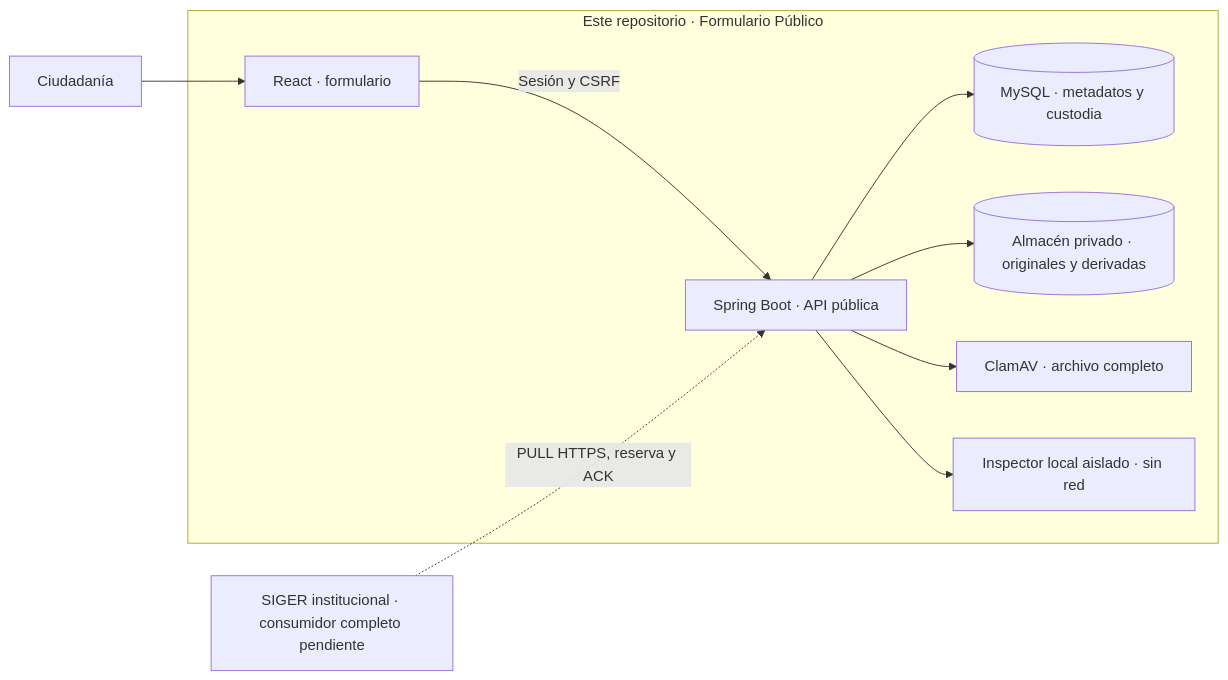
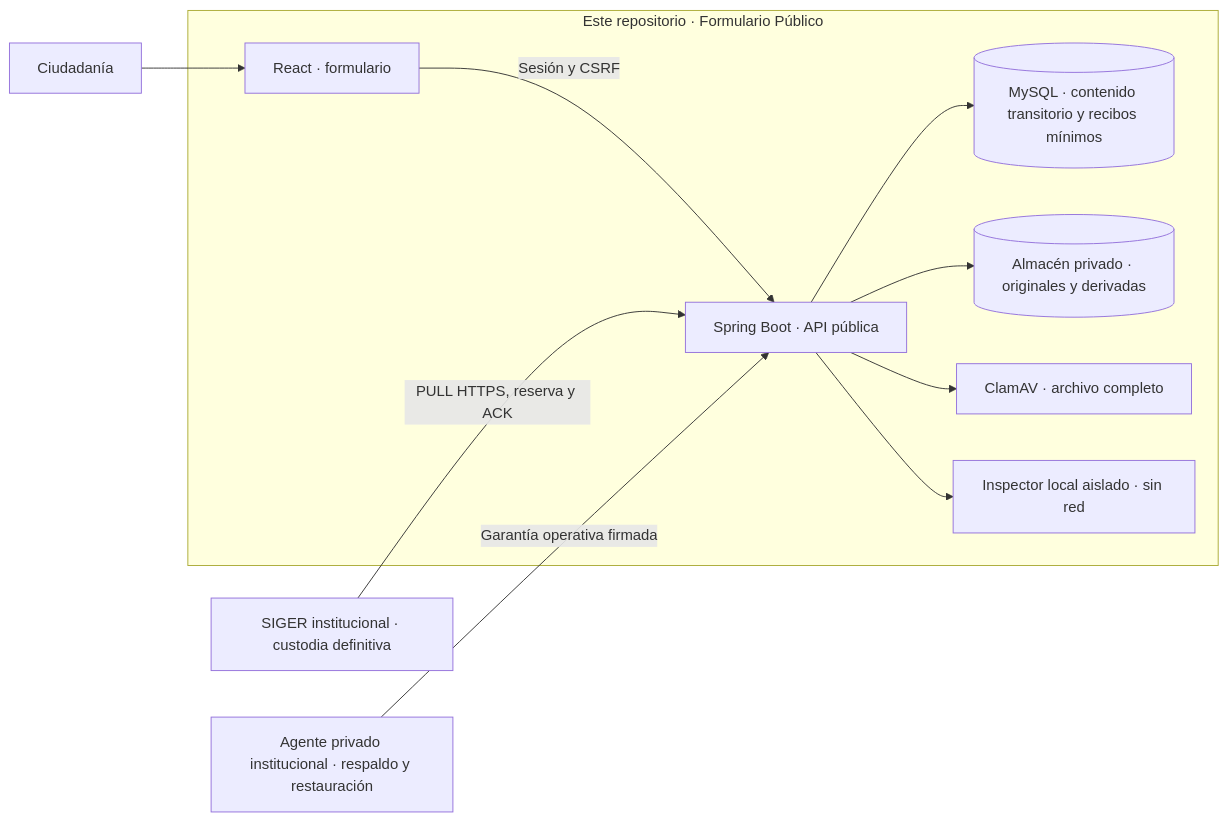
One commit to chashmdai/formulario-web changed the diagram in README.md. Above: the diagram before and after it, drawn with Mermaid. The commit also changed other lines of this file and 7 other files, not shown here.

````diff
--- a/README.md
+++ b/README.md
@@ -43,12 +43,13 @@
 ```mermaid
 flowchart LR
     Ciudadania[Ciudadanía] --> React[React · formulario]
     subgraph Publico[Este repositorio · Formulario Público]
         React -->|Sesión y CSRF| API[Spring Boot · API pública]
-        API --> DB[(MySQL · metadatos y custodia)]
+        API --> DB[(MySQL · contenido transitorio y recibos mínimos)]
         API --> Files[(Almacén privado · originales y derivadas)]
         API --> AV[ClamAV · archivo completo]
         API --> Inspector[Inspector local aislado · sin red]
     end
-    SIGER[SIGER institucional · consumidor completo pendiente] -.->|PULL HTTPS, reserva y ACK| API
+    SIGER[SIGER institucional · custodia definitiva] -->|PULL HTTPS, reserva y ACK| API
+    Agente[Agente privado institucional · respaldo y restauración] -->|Garantía operativa firmada| API
 ```
````
